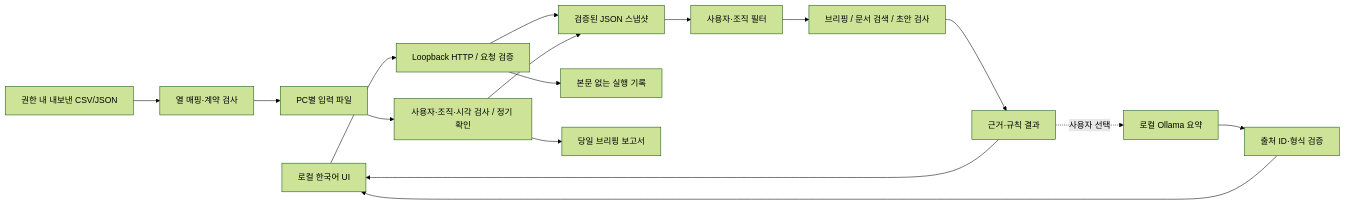
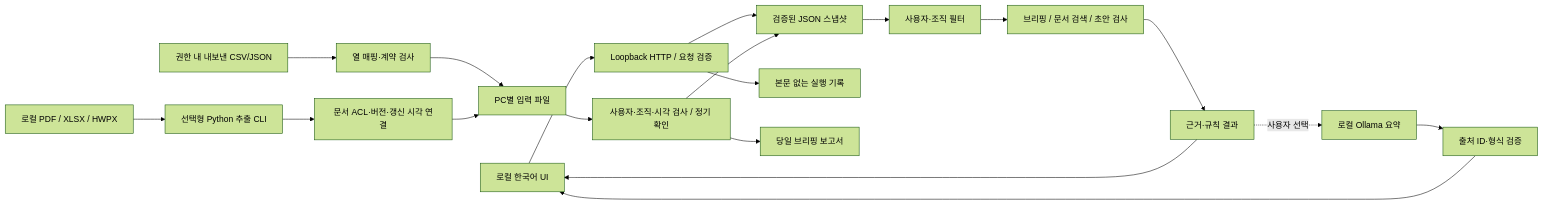
The diagram in docs/architecture.md (sysmetrix/groupware), drawn with Mermaid (forest theme) before and after one commit. The commit also changed other lines of this file and 21 other files, not shown here.

````diff
--- a/docs/architecture.md
+++ b/docs/architecture.md
@@ -5,18 +5,21 @@
 ```mermaid
 flowchart LR
   UI[로컬 한국어 UI] --> HTTP[Loopback HTTP / 요청 검증]
   HTTP --> Store[검증된 JSON 스냅샷]
   Store --> Scope[사용자·조직 필터]
   Scope --> Tasks[브리핑 / 문서 검색 / 초안 검사]
   Tasks --> Result[근거·규칙 결과]
   Result -. 사용자 선택 .-> LLM[로컬 Ollama 요약]
   LLM --> Check[출처 ID·형식 검증]
   Check --> UI
   Result --> UI
   HTTP --> Audit[본문 없는 실행 기록]
   Export[권한 내 내보낸 CSV/JSON] --> Convert[열 매핑·계약 검사]
   Convert --> Inbox[PC별 입력 파일]
   Inbox --> Scheduler[사용자·조직·시각 검사 / 정기 확인]
   Scheduler --> Store
   Scheduler --> Report[당일 브리핑 보고서]
+  Attachment[로컬 PDF / XLSX / HWPX] --> Extract[선택형 Python 추출 CLI]
+  Extract --> Bind[문서 ACL·버전·갱신 시각 연결]
+  Bind --> Inbox
 ```
````
